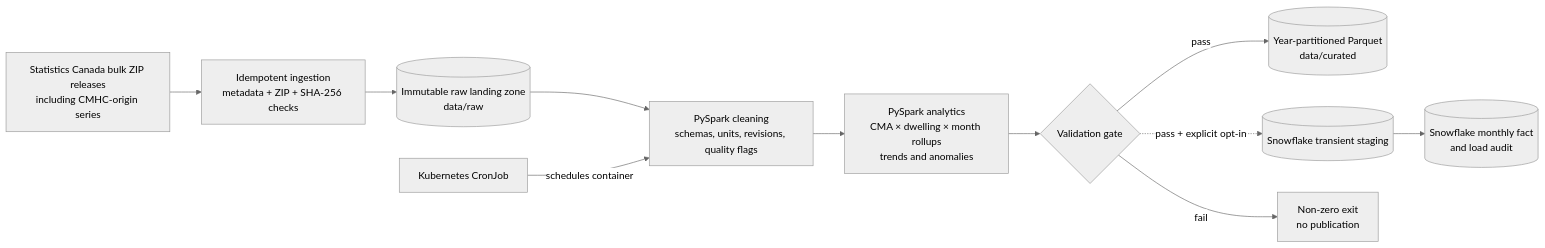
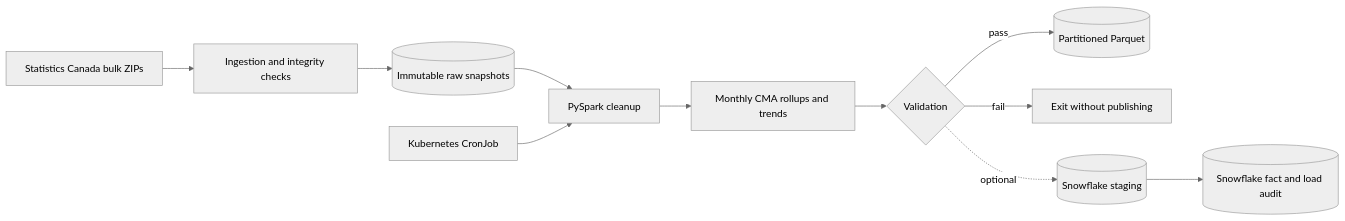
Before and after one commit to DelWow/BatchELTPipeline: the diagram in README.md, drawn with Mermaid (neutral theme). The commit also changed other lines of this file and 18 other files, not shown here.

````diff
--- a/README.md
+++ b/README.md
@@ -35,19 +37,13 @@
 ```mermaid
 flowchart LR
-    A[Statistics Canada bulk ZIP releases<br/>including CMHC-origin series]
-    B[Idempotent ingestion<br/>metadata + ZIP + SHA-256 checks]
-    C[(Immutable raw landing zone<br/>data/raw)]
-    D[PySpark cleaning<br/>schemas, units, revisions, quality flags]
-    E[PySpark analytics<br/>CMA × dwelling × month rollups<br/>trends and anomalies]
-    F{Validation gate}
-    G[(Year-partitioned Parquet<br/>data/curated)]
-    H[(Snowflake transient staging)]
-    I[(Snowflake monthly fact<br/>and load audit)]
-    J[Kubernetes CronJob]
-
-    A --> B --> C --> D --> E --> F
-    F -->|pass| G
-    F -.->|pass + explicit opt-in| H --> I
-    F -->|fail| K[Non-zero exit<br/>no publication]
-    J -->|schedules container| D
+    A[Statistics Canada bulk ZIPs] --> B[Ingestion and integrity checks]
+    B --> C[(Immutable raw snapshots)]
+    C --> D[PySpark cleanup]
+    D --> E[Monthly CMA rollups and trends]
+    E --> F{Validation}
+    F -->|pass| G[(Partitioned Parquet)]
+    F -->|fail| H[Exit without publishing]
+    F -. optional .-> I[(Snowflake staging)]
+    I --> J[(Snowflake fact and load audit)]
+    K[Kubernetes CronJob] --> D
 ```
````
